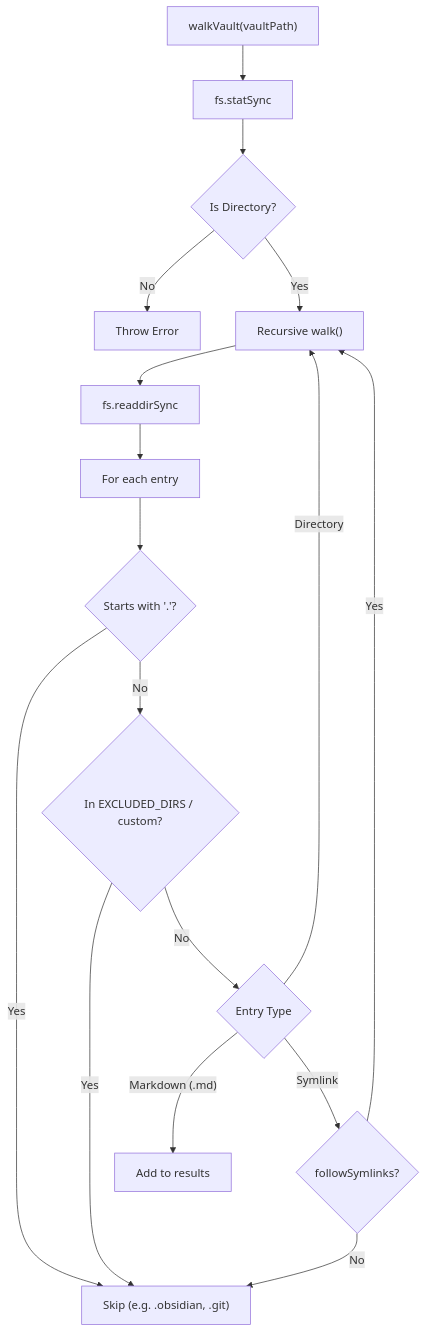
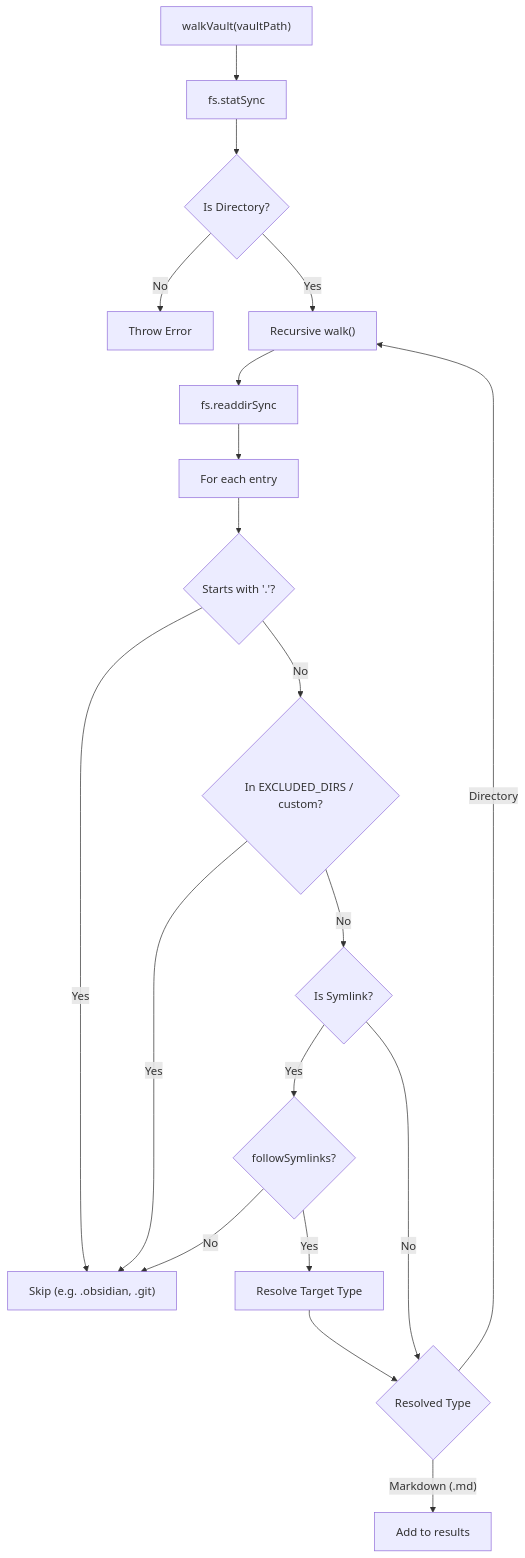
Before and after one commit to Kuldeep2822k/cli: the first of 2 diagrams in docs/04-3-vault-walker-and-file-cache.md, drawn with Mermaid. The commit also changed other lines of this file and 7 other files, not shown here.

````diff
--- a/docs/04-3-vault-walker-and-file-cache.md
+++ b/docs/04-3-vault-walker-and-file-cache.md
@@ -33,19 +27,21 @@
 ```mermaid
 flowchart TD
     ROOT["walkVault(vaultPath)"] --> STAT["fs.statSync"]
     STAT --> VALID{"Is Directory?"}
     VALID -- "No" --> ERR["Throw Error"]
     VALID -- "Yes" --> RECURSE["Recursive walk()"]
     RECURSE --> ENTRIES["fs.readdirSync"]
     ENTRIES --> LOOP["For each entry"]
     LOOP --> IS_DOT{"Starts with '.'?"}
     IS_DOT -- "Yes" --> SKIP["Skip (e.g. .obsidian, .git)"]
     IS_DOT -- "No" --> IS_EXCL{"In EXCLUDED_DIRS / custom?"}
     IS_EXCL -- "Yes" --> SKIP
-    IS_EXCL -- "No" --> TYPE{"Entry Type"}
+    IS_EXCL -- "No" --> IS_SYM{"Is Symlink?"}
+    IS_SYM -- "Yes" --> SYM_OPT{"followSymlinks?"}
+    SYM_OPT -- "No" --> SKIP
+    SYM_OPT -- "Yes" --> RESOLVE["Resolve Target Type"]
+    RESOLVE --> TYPE{"Resolved Type"}
+    IS_SYM -- "No" --> TYPE
     TYPE -- "Directory" --> RECURSE
     TYPE -- "Markdown (.md)" --> COLLECT["Add to results"]
-    TYPE -- "Symlink" --> SYM{"followSymlinks?"}
-    SYM -- "No" --> SKIP
-    SYM -- "Yes" --> RECURSE
 ```
````
